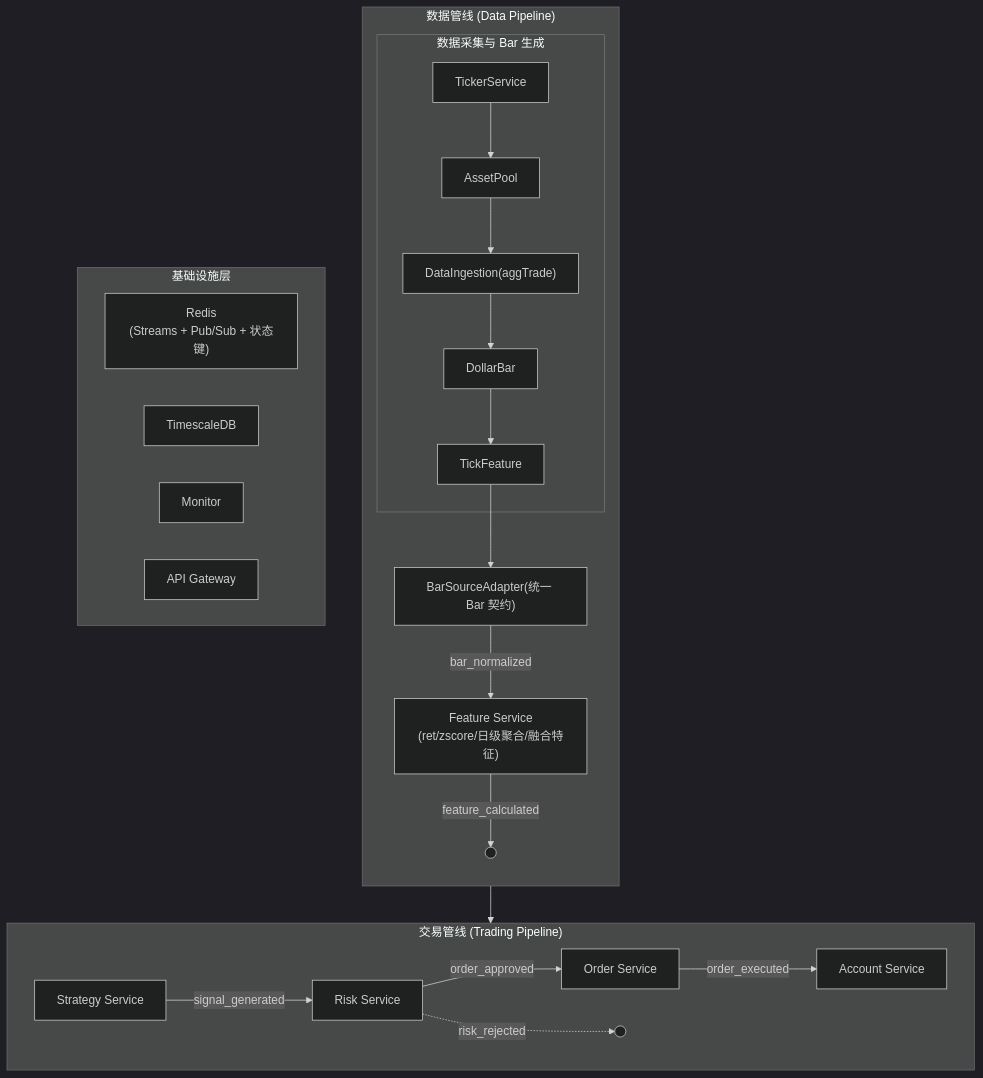
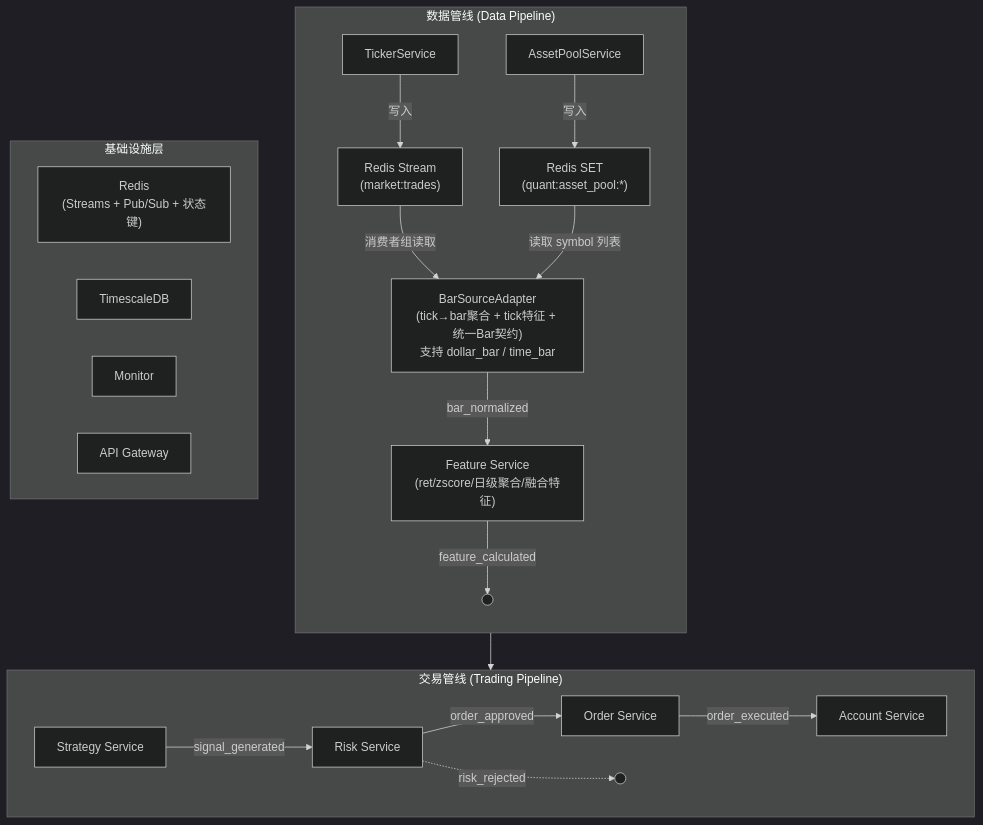
The first of 5 diagrams in content/architecture/index.md (DragonQuantt/docs), drawn with Mermaid (dark theme) before and after one commit. The commit also changed other lines of this file, not shown here.

````diff
--- a/content/architecture/index.md
+++ b/content/architecture/index.md
@@ -36,32 +36,29 @@
 ```mermaid
 flowchart TD
     subgraph dataPipeline ["数据管线 (Data Pipeline)"]
         direction TB
-        subgraph pathA ["数据采集与 Bar 生成"]
-            TickerData["TickerService"]-->AssetPoolA
-            AssetPoolA["AssetPool"] --> DataIngestion["DataIngestion(aggTrade)"]
-            DataIngestion --> DollarBar["DollarBar"]
-            DollarBar --> TickFeature["TickFeature"]
-        end
-        TickFeature --> BarSourceAdapter["BarSourceAdapter(统一 Bar 契约)"]
-        BarSourceAdapter -->|bar_normalized| FeatureService["Feature Service\n(ret/zscore/日级聚合/融合特征)"]
+        TickerSvc["TickerService"] -->|"写入"| RedisStream["Redis Stream\n(market:trades)"]
+        AssetPoolSvc["AssetPoolService"] -->|"写入"| RedisSet["Redis SET\n(quant:asset_pool:*)"]
+        RedisStream -->|"消费者组读取"| BarAdapter["BarSourceAdapter\n(tick→bar聚合 + tick特征 + 统一Bar契约)\n支持 dollar_bar / time_bar"]
+        RedisSet -->|"读取 symbol 列表"| BarAdapter
+        BarAdapter -->|bar_normalized| FeatureService["Feature Service\n(ret/zscore/日级聚合/融合特征)"]
         FeatureService -->|feature_calculated| outputData((" "))
     end
 
     subgraph tradingPipeline ["交易管线 (Trading Pipeline)"]
         direction LR
         StrategyService["Strategy Service"] -->|signal_generated| RiskService["Risk Service"]
         RiskService -->|order_approved| OrderService["Order Service"]
         RiskService -.->|risk_rejected| AlertPath((" "))
         OrderService -->|order_executed| AccountService["Account Service"]
     end
 
     subgraph infra ["基础设施层"]
         Redis["Redis\n(Streams + Pub/Sub + 状态键)"]
         TimescaleDB["TimescaleDB"]
         Monitor["Monitor"]
         APIGateway["API Gateway"]
     end
 
     outputData --> StrategyService
 ```
````
